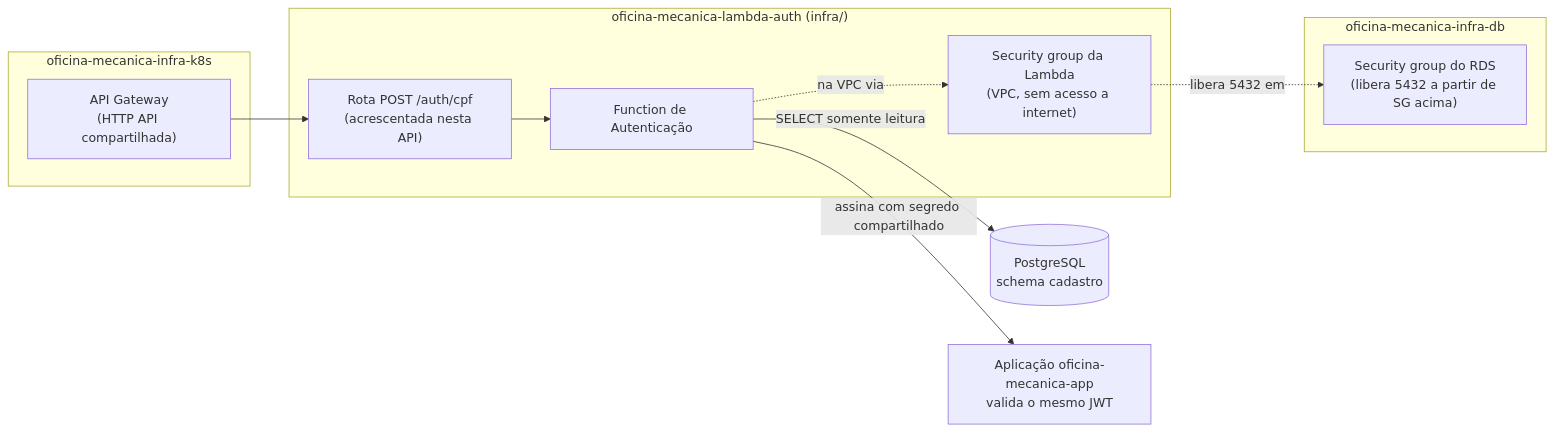
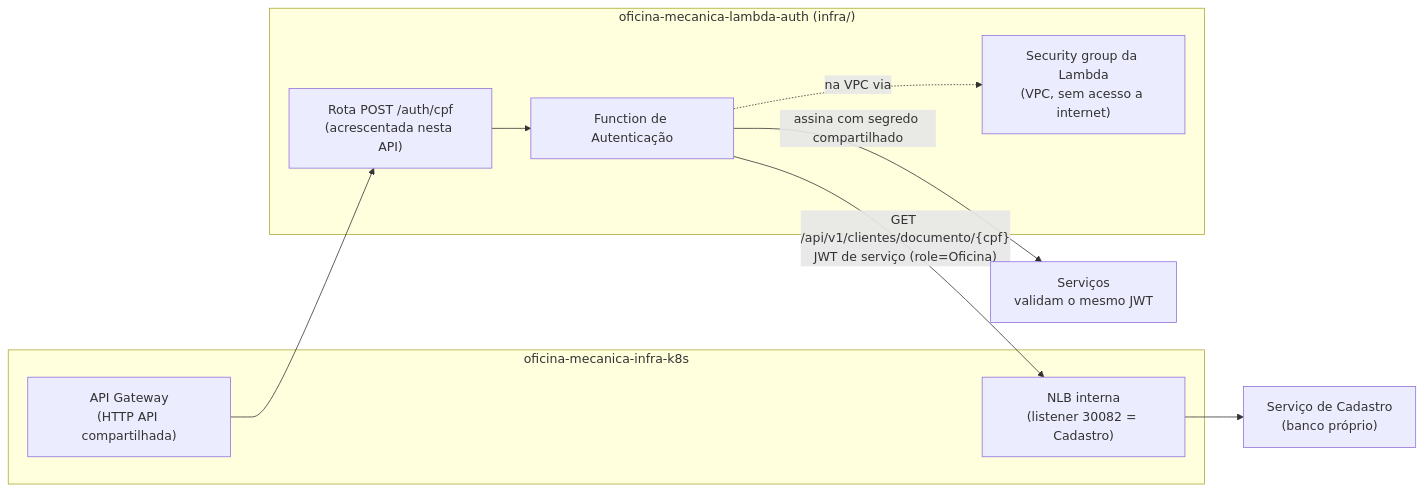
One commit to gabrielMauad/oficina-mecanica-lambda-auth changed the second of 2 diagrams in README.md. Above: the diagram before and after it, drawn with Mermaid. The commit also changed other lines of this file and 21 other files, not shown here.

First line of the commit message:
feat(lambda): consulta o serviço de Cadastro por HTTP em vez de ler o banco

````diff
--- a/README.md
+++ b/README.md
@@ -89,18 +102,17 @@
 ```mermaid
 flowchart LR
     subgraph "oficina-mecanica-infra-k8s"
         GW["API Gateway<br/>(HTTP API compartilhada)"]
+        NLB["NLB interna<br/>(listener 30082 = Cadastro)"]
     end
     subgraph "oficina-mecanica-lambda-auth (infra/)"
         ROUTE["Rota POST /auth/cpf<br/>(acrescentada nesta API)"]
         SG["Security group da Lambda<br/>(VPC, sem acesso a internet)"]
         FN["Function de Autenticação"]
     end
-    subgraph "oficina-mecanica-infra-db"
-        RDSSG["Security group do RDS<br/>(libera 5432 a partir de SG acima)"]
-    end
+    CAD["Serviço de Cadastro<br/>(banco próprio)"]
     GW --> ROUTE --> FN
-    FN -.na VPC via.-> SG -.libera 5432 em.-> RDSSG
-    FN -->|SELECT somente leitura| DB[(PostgreSQL<br/>schema cadastro)]
-    FN -->|assina com segredo compartilhado| APP[Aplicação oficina-mecanica-app<br/>valida o mesmo JWT]
+    FN -.na VPC via.-> SG
+    FN -->|"GET /api/v1/clientes/documento/{cpf}<br/>JWT de serviço (role=Oficina)"| NLB --> CAD
+    FN -->|assina com segredo compartilhado| SVC["Serviços<br/>validam o mesmo JWT"]
 ```
````
